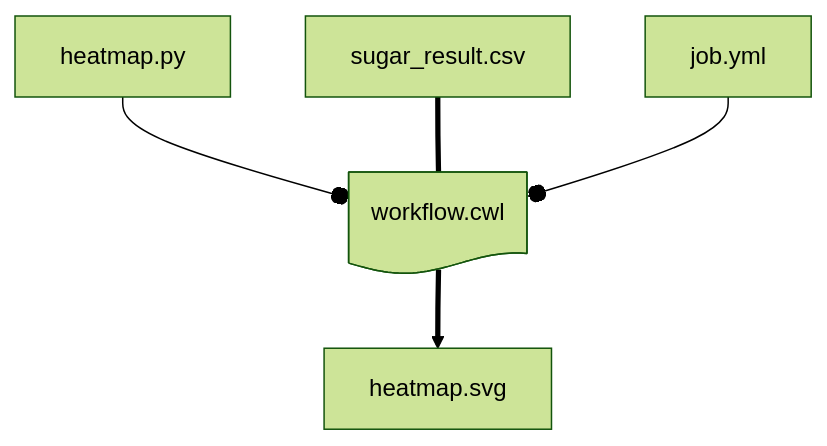
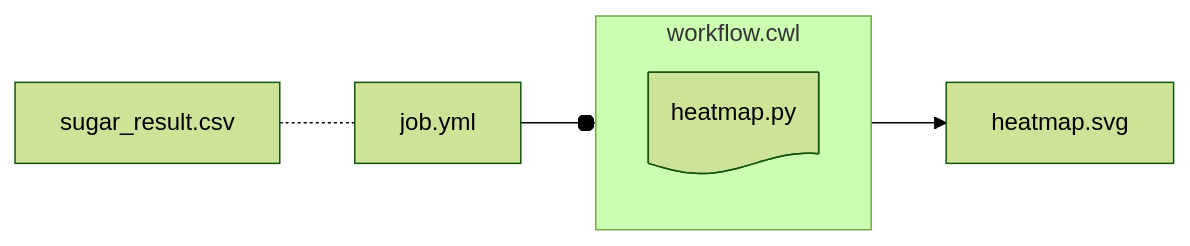
One commit to nfdi4plants/nfdi4plants.knowledgebase changed the diagram in src/content/docs/guides/arc-cwl-wrap-script.mdx. Above: the diagram before and after it, drawn with Mermaid (forest theme). The commit also changed other lines of this file and 1 other file, not shown here.

Commit message:
finalize violas cwl

````diff
--- a/src/content/docs/guides/arc-cwl-wrap-script.mdx
+++ b/src/content/docs/guides/arc-cwl-wrap-script.mdx
@@ -159,9 +115,9 @@
 ```mermaid
-flowchart TD
+flowchart LR
 
-heatmap.py --o CWL
+subgraph "workflow.cwl"
+  py@{ shape: doc, label: "heatmap.py" }
+end
 
-sugar_result.csv ===CWL@{ shape: doc, label: "workflow.cwl" }==> heatmap.svg
-
-job.yml --o CWL
+sugar_result.csv -.- job.yml --o workflow.cwl--> heatmap.svg
 ```
````
